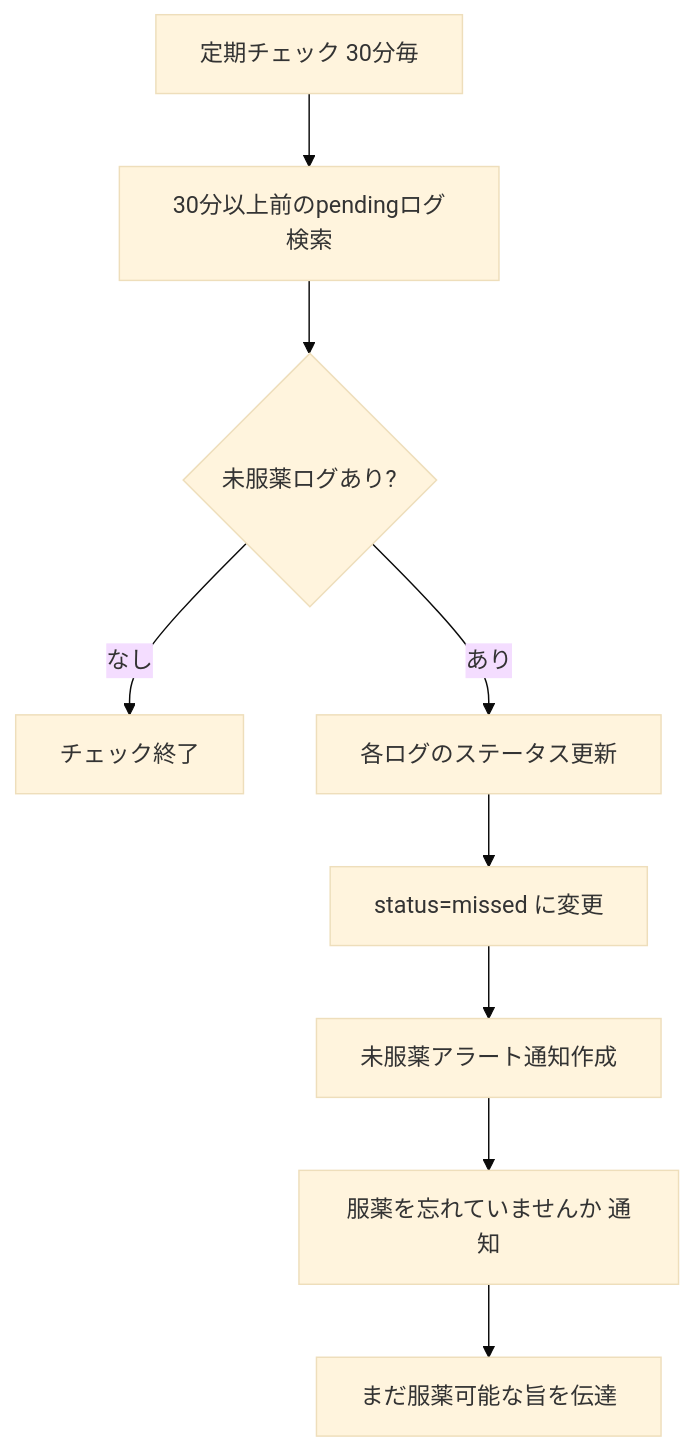
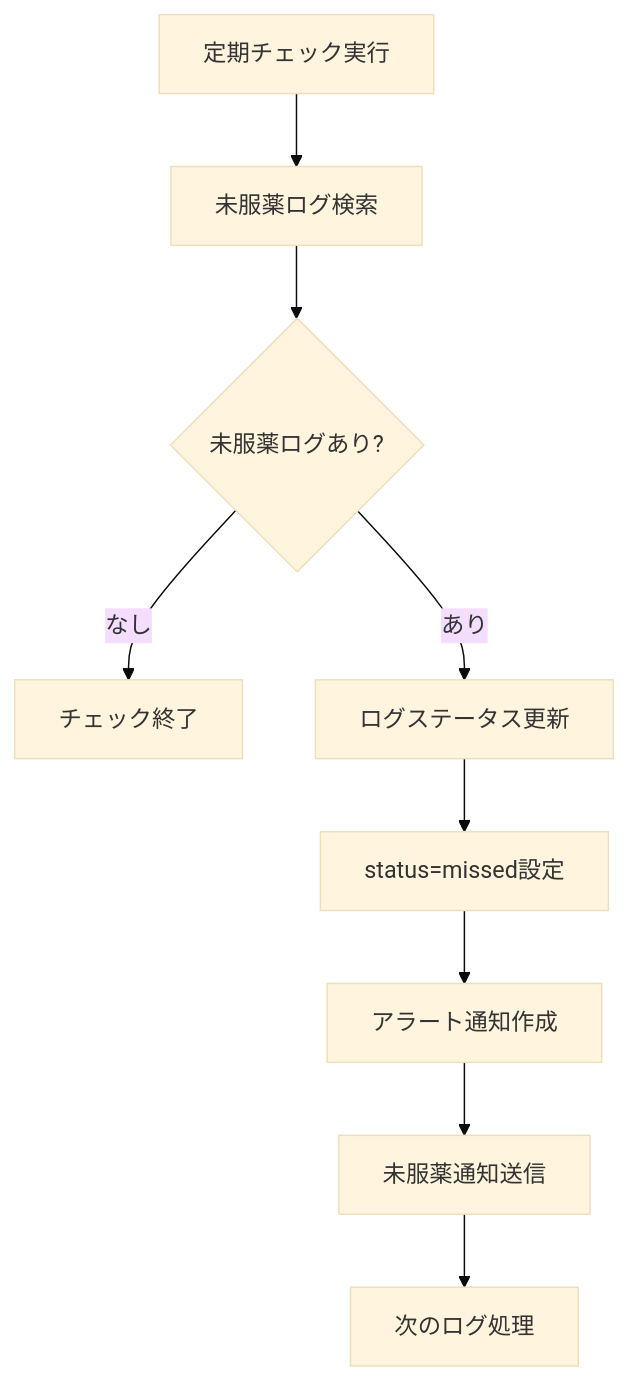
Before and after one commit to UtakataKyosui/RecommendMedicineServer: diagram 11 of 42 in features-flow.md, drawn with Mermaid (base theme). The commit also changed other lines of this file, not shown here.

First line of the commit message:
docs: Update features-flow.md

````diff
--- a/features-flow.md
+++ b/features-flow.md
@@ -219,11 +219,11 @@
 ```mermaid
 graph TD
-    A[定期チェック 30分毎] --> B[30分以上前のpendingログ検索]
+    A[定期チェック実行] --> B[未服薬ログ検索]
     B --> C{未服薬ログあり?}
     C -->|なし| D[チェック終了]
-    C -->|あり| E[各ログのステータス更新]
-    E --> F[status=missed に変更]
-    F --> G[未服薬アラート通知作成]
-    G --> H[服薬を忘れていませんか 通知]
-    H --> I[まだ服薬可能な旨を伝達]
+    C -->|あり| E[ログステータス更新]
+    E --> F[status=missed設定]
+    F --> G[アラート通知作成]
+    G --> H[未服薬通知送信]
+    H --> I[次のログ処理]
 ```
````
